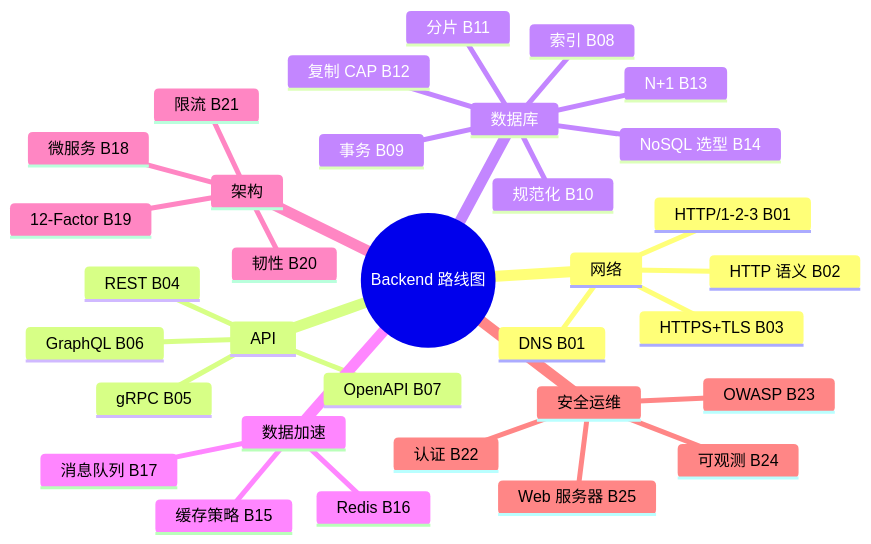
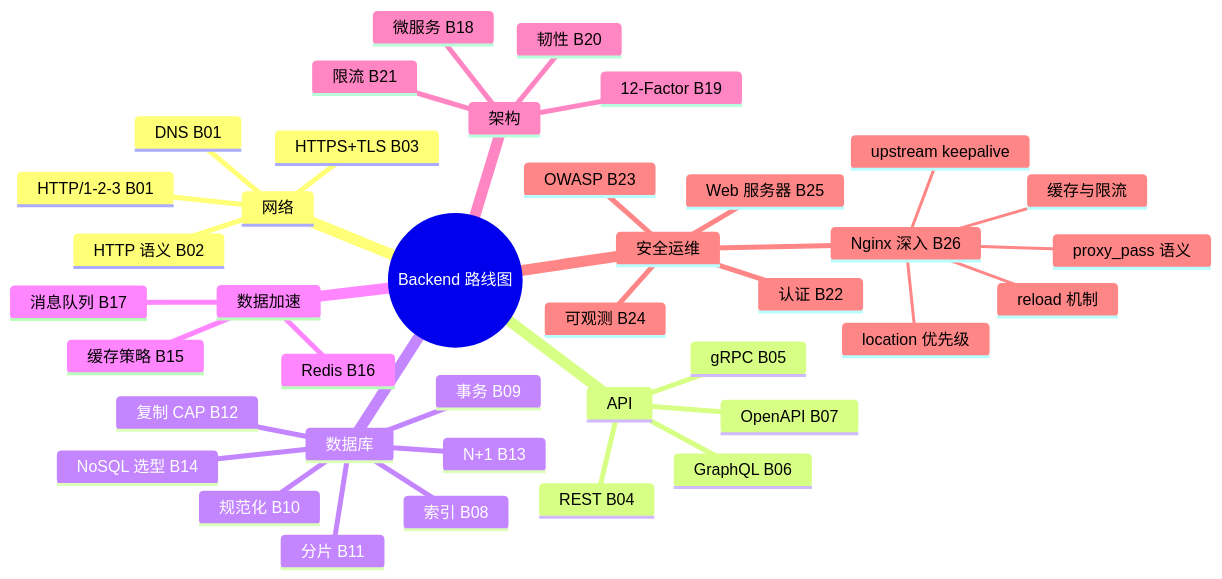
One commit to Kirby980/backend-handbook changed diagram 17 of 22 in backend/ROADMAP.md. Above: the diagram before and after it, drawn with Mermaid. The commit also changed other lines of this file and 9 other files, not shown here.

````diff
--- a/backend/ROADMAP.md
+++ b/backend/ROADMAP.md
@@ -377,36 +382,42 @@
 ```mermaid
 mindmap
   root((Backend 路线图))
     网络
       DNS B01
       HTTP/1-2-3 B01
       HTTPS+TLS B03
       HTTP 语义 B02
     API
       REST B04
       gRPC B05
       GraphQL B06
       OpenAPI B07
     数据库
       索引 B08
       事务 B09
       规范化 B10
       分片 B11
       复制 CAP B12
       N+1 B13
       NoSQL 选型 B14
     数据加速
       缓存策略 B15
       Redis B16
       消息队列 B17
     架构
       微服务 B18
       12-Factor B19
       韧性 B20
       限流 B21
     安全运维
       认证 B22
       OWASP B23
       可观测 B24
       Web 服务器 B25
+      Nginx 深入 B26
+        location 优先级
+        proxy_pass 语义
+        upstream keepalive
+        缓存与限流
+        reload 机制
 ```
````
